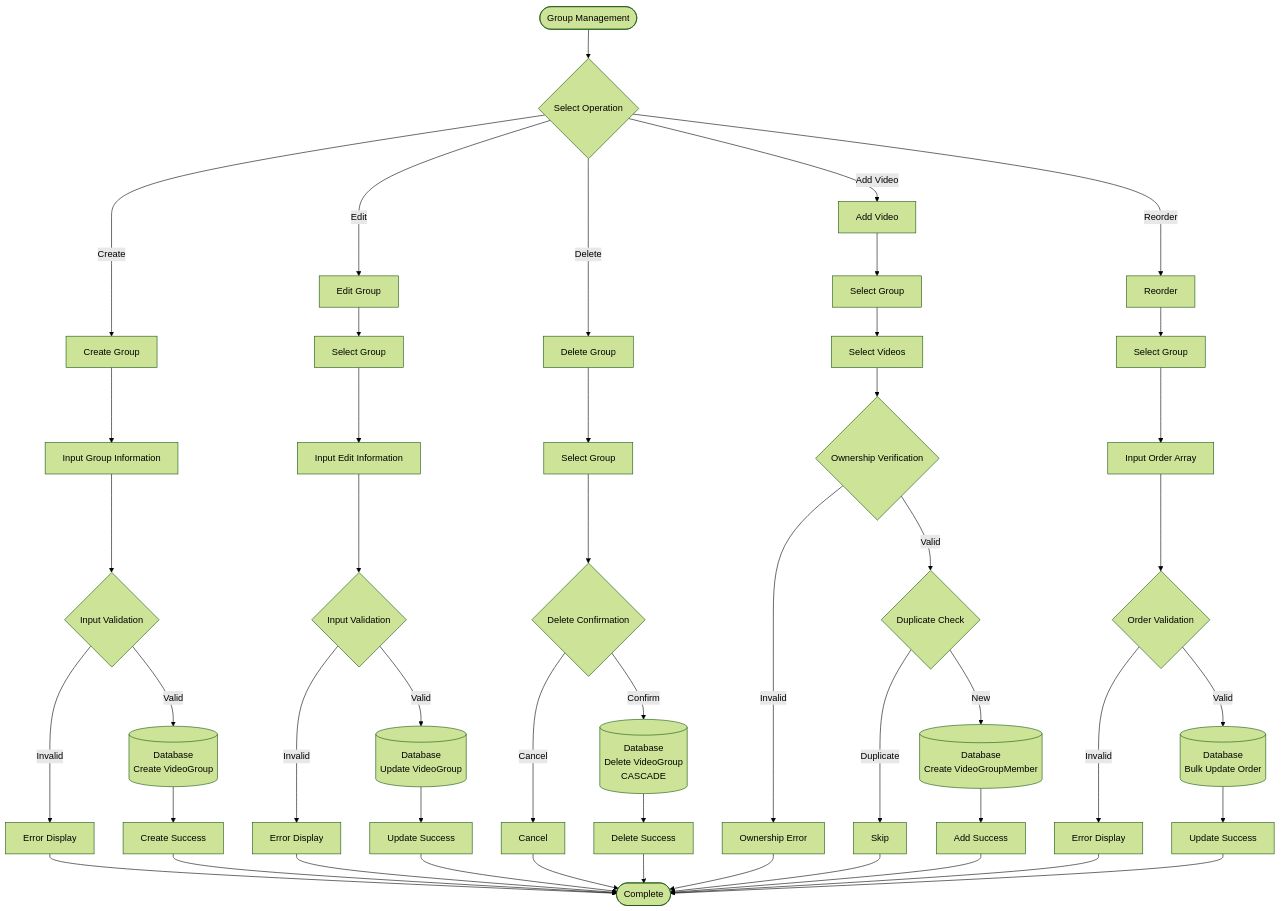
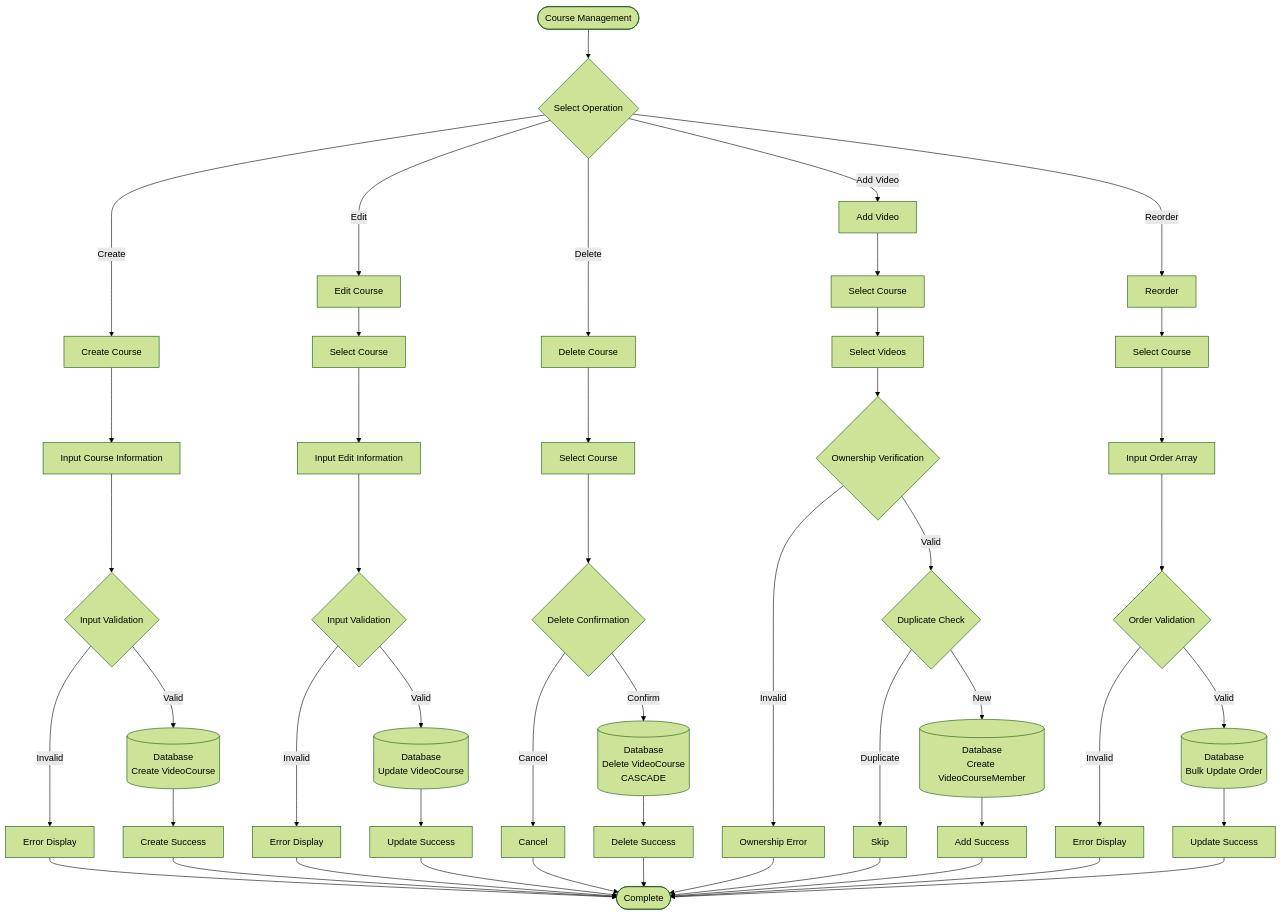
Before and after one commit to yukiharada1228/videoq: the fourth of 11 diagrams in docs/architecture/flowchart.md, drawn with Mermaid (forest theme). The commit also changed other lines of this file and 140 other files, not shown here.

````diff
--- a/docs/architecture/flowchart.md
+++ b/docs/architecture/flowchart.md
@@ -160,56 +160,56 @@
 ```mermaid
 flowchart TD
-    Start([Group Management]) --> Action{Select Operation}
-    Action -->|Create| Create[Create Group]
-    Action -->|Edit| Edit[Edit Group]
-    Action -->|Delete| Delete[Delete Group]
+    Start([Course Management]) --> Action{Select Operation}
+    Action -->|Create| Create[Create Course]
+    Action -->|Edit| Edit[Edit Course]
+    Action -->|Delete| Delete[Delete Course]
     Action -->|Add Video| AddVideo[Add Video]
     Action -->|Reorder| Reorder[Reorder]
     
-    Create --> InputCreate[Input Group Information]
+    Create --> InputCreate[Input Course Information]
     InputCreate --> ValidateCreate{Input Validation}
     ValidateCreate -->|Invalid| ErrorCreate[Error Display]
-    ValidateCreate -->|Valid| SaveGroup[(Database<br/>Create VideoGroup)]
-    SaveGroup --> SuccessCreate[Create Success]
+    ValidateCreate -->|Valid| SaveCourse[(Database<br/>Create VideoCourse)]
+    SaveCourse --> SuccessCreate[Create Success]
     SuccessCreate --> End([Complete])
     
-    Edit --> SelectGroup[Select Group]
+    Edit --> SelectGroup[Select Course]
     SelectGroup --> InputEdit[Input Edit Information]
     InputEdit --> ValidateEdit{Input Validation}
     ValidateEdit -->|Invalid| ErrorEdit[Error Display]
-    ValidateEdit -->|Valid| UpdateGroup[(Database<br/>Update VideoGroup)]
-    UpdateGroup --> SuccessEdit[Update Success]
+    ValidateEdit -->|Valid| UpdateCourse[(Database<br/>Update VideoCourse)]
+    UpdateCourse --> SuccessEdit[Update Success]
     SuccessEdit --> End
     
-    Delete --> SelectGroup2[Select Group]
+    Delete --> SelectGroup2[Select Course]
     SelectGroup2 --> Confirm{Delete Confirmation}
     Confirm -->|Cancel| Cancel[Cancel]
-    Confirm -->|Confirm| DeleteGroup[(Database<br/>Delete VideoGroup<br/>CASCADE)]
-    DeleteGroup --> SuccessDelete[Delete Success]
+    Confirm -->|Confirm| DeleteCourse[(Database<br/>Delete VideoCourse<br/>CASCADE)]
+    DeleteCourse --> SuccessDelete[Delete Success]
     SuccessDelete --> End
     Cancel --> End
     
-    AddVideo --> SelectGroup3[Select Group]
+    AddVideo --> SelectGroup3[Select Course]
     SelectGroup3 --> SelectVideos[Select Videos]
     SelectVideos --> ValidateOwnership{Ownership Verification}
     ValidateOwnership -->|Invalid| ErrorOwnership[Ownership Error]
     ValidateOwnership -->|Valid| CheckDuplicate{Duplicate Check}
     CheckDuplicate -->|Duplicate| Skip[Skip]
-    CheckDuplicate -->|New| CreateMember[(Database<br/>Create VideoGroupMember)]
+    CheckDuplicate -->|New| CreateMember[(Database<br/>Create VideoCourseMember)]
     CreateMember --> SuccessAdd[Add Success]
     SuccessAdd --> End
     Skip --> End
     ErrorOwnership --> End
     
-    Reorder --> SelectGroup4[Select Group]
+    Reorder --> SelectGroup4[Select Course]
     SelectGroup4 --> InputOrder[Input Order Array]
     InputOrder --> ValidateOrder{Order Validation}
     ValidateOrder -->|Invalid| ErrorOrder[Error Display]
     ValidateOrder -->|Valid| UpdateOrder[(Database<br/>Bulk Update Order)]
     UpdateOrder --> SuccessReorder[Update Success]
     SuccessReorder --> End
     
     ErrorCreate --> End
     ErrorEdit --> End
     ErrorOrder --> End
 ```
````
